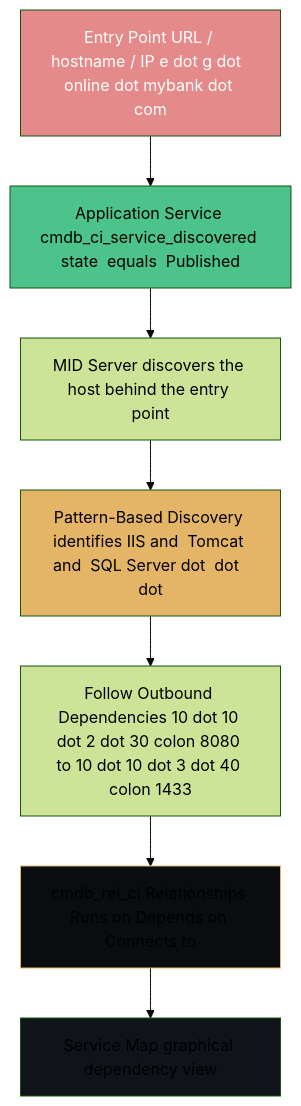
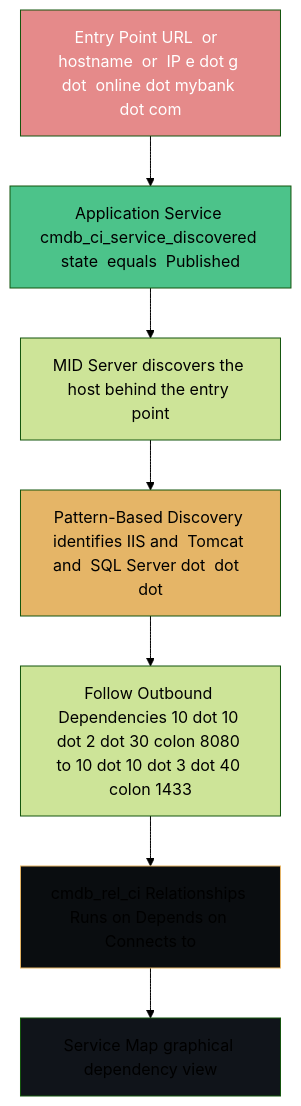
One commit to eltonaguiar/ServiceNow_Learning_TSOM-_CSM_FSM_SalesCRM_HAM_ITSM changed the third of 6 diagrams in docs/modules/servicemapping/servicemapping-guide.md. Above: the diagram before and after it, drawn with Mermaid (forest theme). The commit also changed other lines of this file and 19 other files, not shown here.

First line of the commit message:
Fix Mermaid diagram syntax errors - replace problematic chars in text content only

````diff
--- a/docs/modules/servicemapping/servicemapping-guide.md
+++ b/docs/modules/servicemapping/servicemapping-guide.md
@@ -397,24 +397,24 @@
 ```mermaid
 flowchart TD
-    Entry[Entry Point URL / hostname / IP e dot g dot  online dot mybank dot com]
+    Entry[Entry Point URL  or  hostname  or  IP e dot g dot  online dot mybank dot com]
     Service[Application Service cmdb_ci_service_discovered state  equals  Published]
     MID[MID Server discovers the host behind the entry point]
     Pattern[Pattern-Based Discovery identifies IIS and  Tomcat and  SQL Server dot  dot  dot ]
     Dep[Follow Outbound Dependencies 10 dot 10 dot 2 dot 30 colon 8080 to 10 dot 10 dot 3 dot 40 colon 1433]
     Rel[cmdb_rel_ci Relationships Runs on Depends on Connects to]
     Map[Service Map graphical dependency view]
 
     Entry --> Service
     Service --> MID
     MID --> Pattern
     Pattern --> Dep
     Dep --> Rel
     Rel --> Map
 
     style Entry fill:#e58a8a,color:#fff
     style Service fill:#4cc38a,color:#000
     style Pattern fill:#e5b567,color:#000
     style Rel fill:#0a0d10,stroke:#e5b567
     style Map fill:#10141a
 
 ```
````
